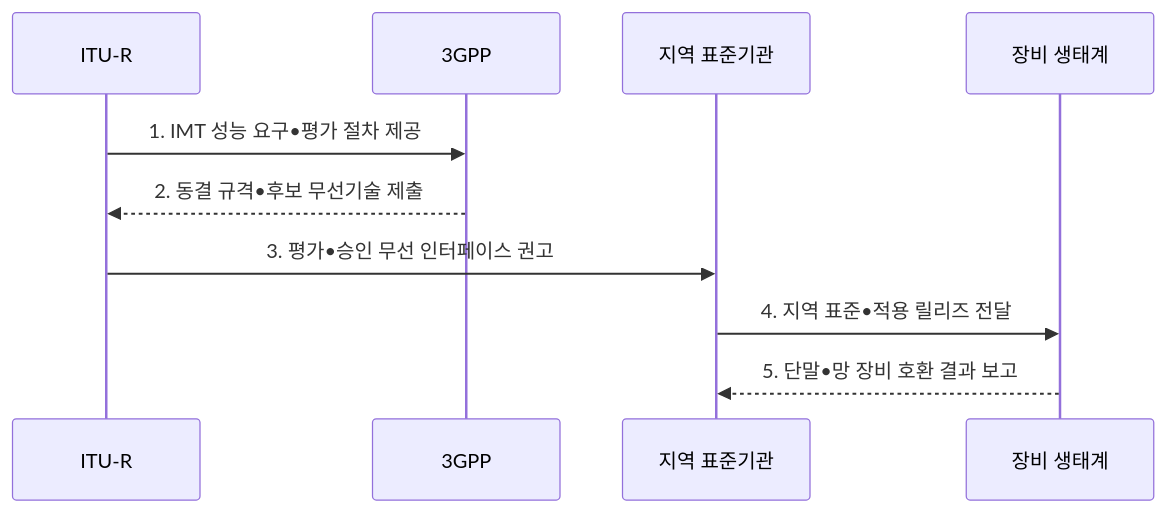
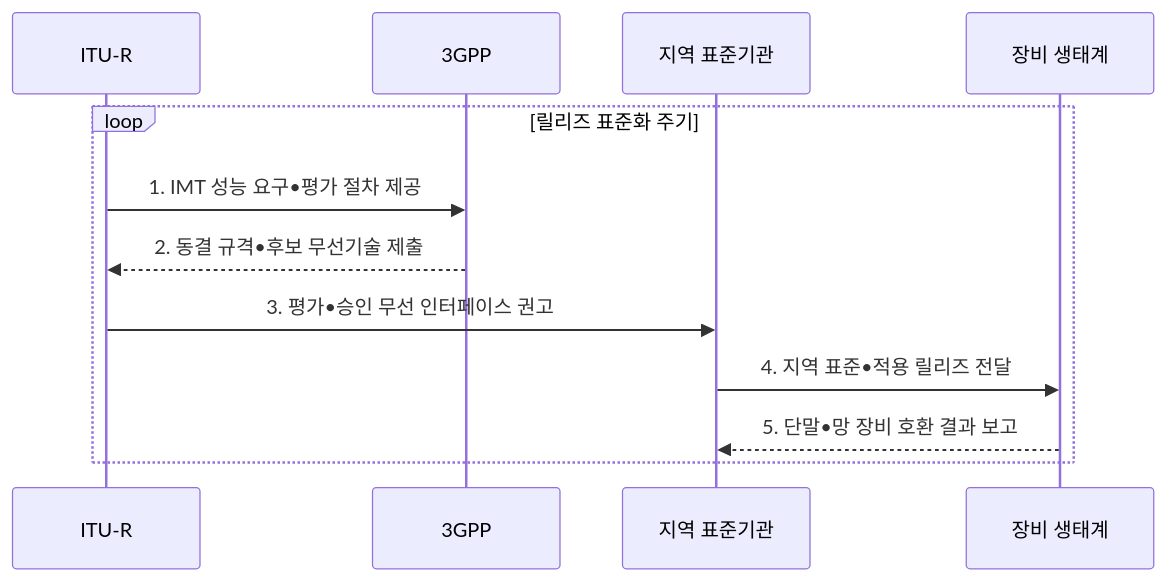
One commit to agnusdei1207/knowledge-base changed the second of 2 diagrams in src/content/docs/notes/07-law-policy/043_5g_international_standards.md. Above: the diagram before and after it, drawn with Mermaid. The commit also changed other lines of this file and 5 other files, not shown here.

````diff
--- a/src/content/docs/notes/07-law-policy/043_5g_international_standards.md
+++ b/src/content/docs/notes/07-law-policy/043_5g_international_standards.md
@@ -94,12 +94,14 @@
 ```mermaid
 sequenceDiagram
     participant I as ITU-R
     participant G as 3GPP
     participant R as 지역 표준기관
     participant V as 장비 생태계
-    I->>G: 1. IMT 성능 요구•평가 절차 제공
-    G-->>I: 2. 동결 규격•후보 무선기술 제출
-    I->>R: 3. 평가•승인 무선 인터페이스 권고
-    R->>V: 4. 지역 표준•적용 릴리즈 전달
-    V-->>R: 5. 단말•망 장비 호환 결과 보고
+    loop 릴리즈 표준화 주기
+        I->>G: 1. IMT 성능 요구•평가 절차 제공
+        G-->>I: 2. 동결 규격•후보 무선기술 제출
+        I->>R: 3. 평가•승인 무선 인터페이스 권고
+        R->>V: 4. 지역 표준•적용 릴리즈 전달
+        V-->>R: 5. 단말•망 장비 호환 결과 보고
+    end
 ```
````
